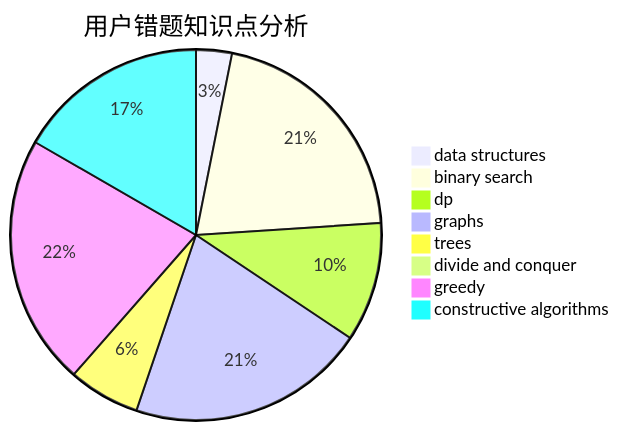
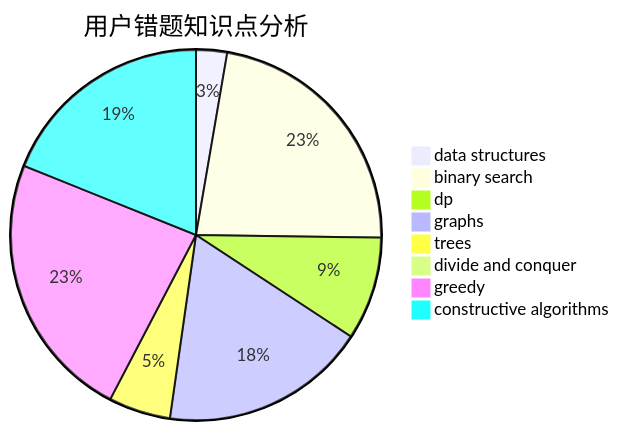
The third of 3 diagrams in docs/user/u1442.md (sherpahu/cfrs.github.io), drawn with Mermaid before and after one commit. The commit also changed other lines of this file and 2770 other files, not shown here.

````diff
--- a/docs/user/u1442.md
+++ b/docs/user/u1442.md
@@ -36,11 +36,11 @@
 ```mermaid
 pie title 用户错题知识点分析
     "data structures" :  3
-    "binary search" :  20
+    "binary search" :  25
     "dp" :  10
     "graphs" :  20
     "trees" :  6
     "divide and conquer" :  0
-    "greedy" :  21
-    "constructive algorithms" :  16
+    "greedy" :  26
+    "constructive algorithms" :  21
 ```
````
